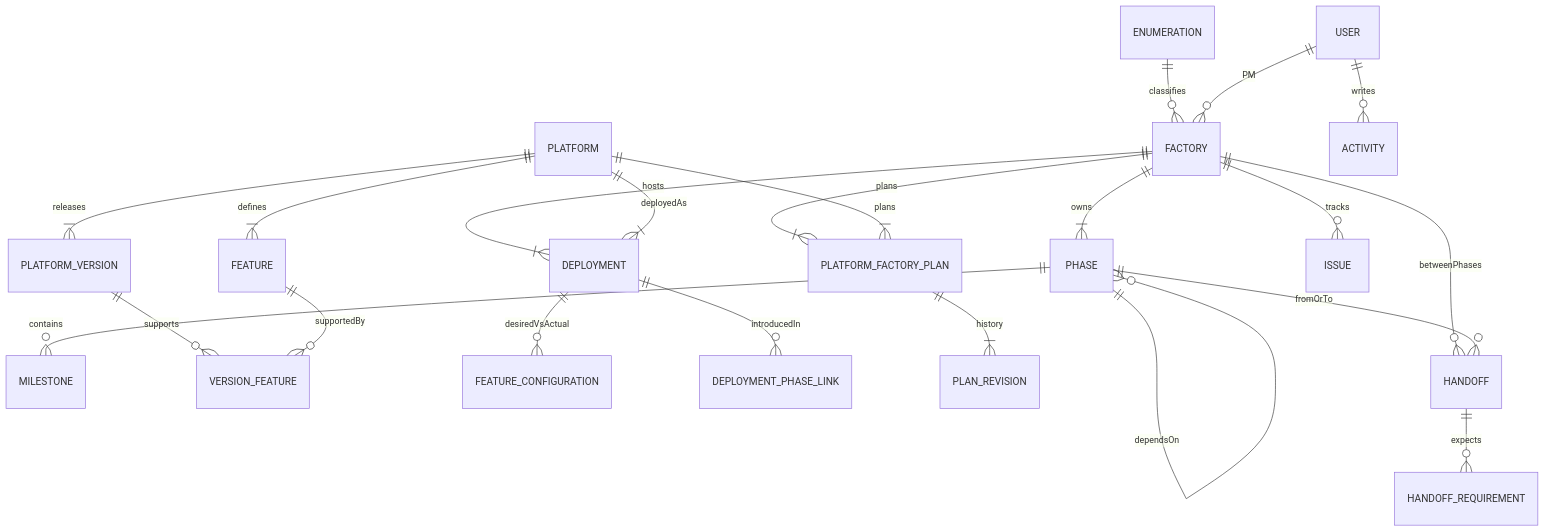
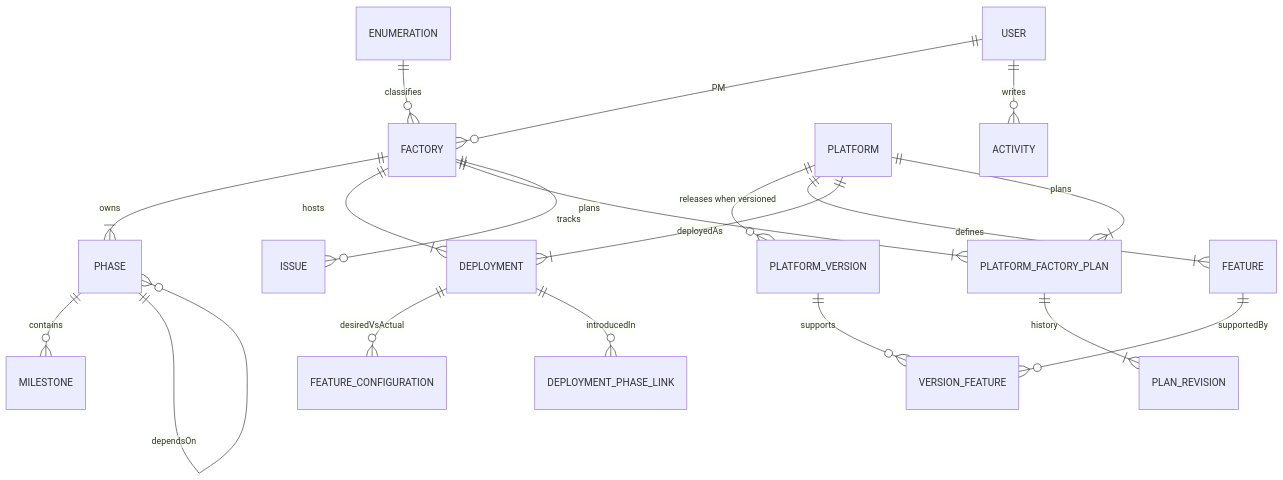
One commit to hwchiu/tomMo changed the diagram in README.md. Above: the diagram before and after it, drawn with Mermaid. The commit also changed other lines of this file and 34 other files, not shown here.

First line of the commit message:
Remove handoff and make platform versions optional.

````diff
--- a/README.md
+++ b/README.md
@@ -106,24 +105,21 @@
 ```mermaid
 erDiagram
   ENUMERATION ||--o{ FACTORY : classifies
   USER ||--o{ FACTORY : "PM"
   FACTORY ||--|{ PHASE : owns
   PHASE ||--o{ MILESTONE : contains
   PHASE ||--o{ PHASE : dependsOn
-  PLATFORM ||--|{ PLATFORM_VERSION : releases
+  PLATFORM ||--o{ PLATFORM_VERSION : "releases when versioned"
   PLATFORM ||--|{ FEATURE : defines
   PLATFORM_VERSION ||--o{ VERSION_FEATURE : supports
   FEATURE ||--o{ VERSION_FEATURE : supportedBy
   FACTORY ||--|{ DEPLOYMENT : hosts
   PLATFORM ||--|{ DEPLOYMENT : deployedAs
   DEPLOYMENT ||--o{ FEATURE_CONFIGURATION : desiredVsActual
   DEPLOYMENT ||--o{ DEPLOYMENT_PHASE_LINK : introducedIn
   FACTORY ||--|{ PLATFORM_FACTORY_PLAN : plans
   PLATFORM ||--|{ PLATFORM_FACTORY_PLAN : plans
   PLATFORM_FACTORY_PLAN ||--|{ PLAN_REVISION : history
-  FACTORY ||--o{ HANDOFF : betweenPhases
-  PHASE ||--o{ HANDOFF : fromOrTo
-  HANDOFF ||--o{ HANDOFF_REQUIREMENT : expects
   FACTORY ||--o{ ISSUE : tracks
   USER ||--o{ ACTIVITY : writes
 ```
````
